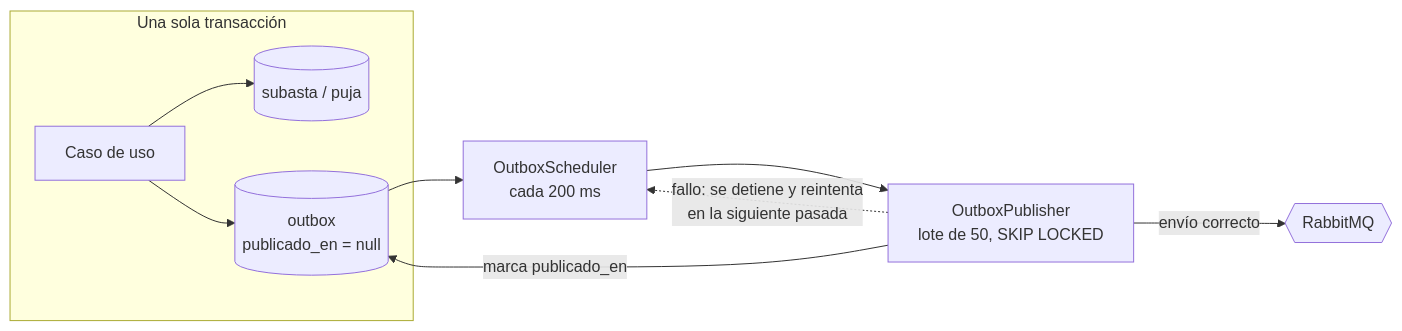
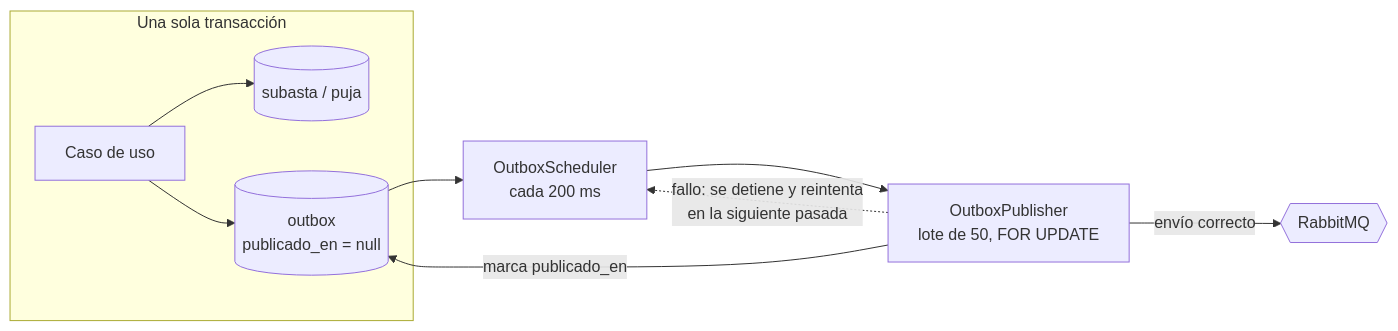
Before and after one commit to CafeOrbe/cafeorbe-auction-service: the fifth of 7 diagrams in README.md, drawn with Mermaid. The commit also changed other lines of this file and 20 other files, not shown here.

````diff
--- a/README.md
+++ b/README.md
@@ -225,12 +225,12 @@
 ```mermaid
 flowchart LR
     subgraph tx["Una sola transacción"]
         A["Caso de uso"] --> B[("subasta / puja")]
         A --> C[("outbox<br/>publicado_en = null")]
     end
     C --> D["OutboxScheduler<br/>cada 200 ms"]
-    D --> E["OutboxPublisher<br/>lote de 50, SKIP LOCKED"]
+    D --> E["OutboxPublisher<br/>lote de 50, FOR UPDATE"]
     E -- "envío correcto" --> F{{"RabbitMQ"}}
     E -- "marca publicado_en" --> C
     E -. "fallo: se detiene y reintenta<br/>en la siguiente pasada" .-> D
 ```
````
